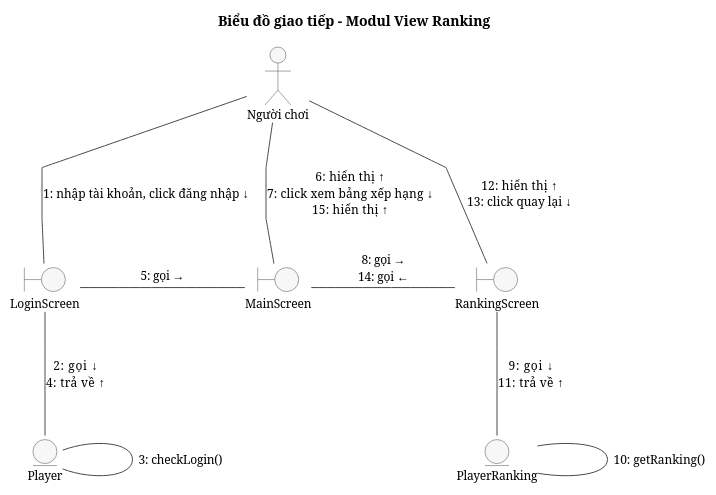
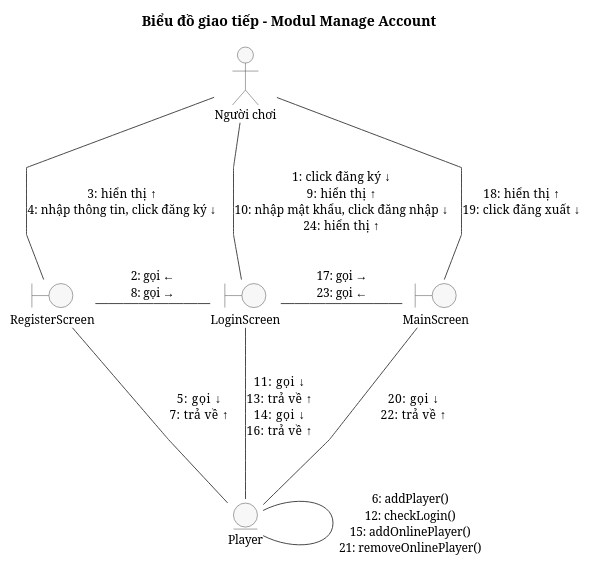
Before and after one commit to VattenL/mobile-pikachu: the diagram in docs/uml/pha2/comm-m1.puml, drawn with PlantUML. The commit also changed 75 other files, not shown here.

```diff
--- a/docs/uml/pha2/comm-m1.puml
+++ b/docs/uml/pha2/comm-m1.puml
@@ -1,41 +1,40 @@
 @startuml comm-m1
-title Biểu đồ giao tiếp - Modul View Ranking
+title Biểu đồ giao tiếp - Modul Manage Account
 
 skinparam shadowing false
 skinparam linetype polyline
 skinparam nodesep 70
 skinparam ranksep 90
 skinparam defaultFontSize 12
 skinparam ArrowColor #4A4A4A
 skinparam actor {
   BackgroundColor #F7F7F7
   BorderColor #4A4A4A
 }
 skinparam boundary {
   BackgroundColor #F7F7F7
   BorderColor #4A4A4A
 }
 skinparam entity {
   BackgroundColor #F7F7F7
   BorderColor #4A4A4A
 }
 
 actor "Người chơi" as Actor
 
+boundary RegisterScreen
 boundary LoginScreen
 boundary MainScreen
-boundary RankingScreen
 
 entity Player
-entity PlayerRanking
 
-Actor -down- LoginScreen : "1: nhập tài khoản, click đăng nhập ↓"
-Actor -down- MainScreen : "6: hiển thị ↑\n7: click xem bảng xếp hạng ↓\n15: hiển thị ↑"
-Actor -down- RankingScreen : "12: hiển thị ↑\n13: click quay lại ↓"
-LoginScreen -right- MainScreen : "5: gọi →"
-MainScreen -right- RankingScreen : "8: gọi →\n14: gọi ←"
-LoginScreen -down- Player : "2: gọi ↓\n4: trả về ↑"
-Player -right- Player : "3: checkLogin()"
-RankingScreen -down- PlayerRanking : "9: gọi ↓\n11: trả về ↑"
-PlayerRanking -right- PlayerRanking : "10: getRanking()"
+Actor -down- LoginScreen : "1: click đăng ký ↓\n9: hiển thị ↑\n10: nhập mật khẩu, click đăng nhập ↓\n24: hiển thị ↑"
+Actor -down- RegisterScreen : "3: hiển thị ↑\n4: nhập thông tin, click đăng ký ↓"
+Actor -down- MainScreen : "18: hiển thị ↑\n19: click đăng xuất ↓"
+RegisterScreen -right- LoginScreen : "2: gọi ←\n8: gọi →"
+LoginScreen -right- MainScreen : "17: gọi →\n23: gọi ←"
+RegisterScreen -down- Player : "5: gọi ↓\n7: trả về ↑"
+LoginScreen -down- Player : "11: gọi ↓\n13: trả về ↑\n14: gọi ↓\n16: trả về ↑"
+MainScreen -down- Player : "20: gọi ↓\n22: trả về ↑"
+Player -right- Player : "6: addPlayer()\n12: checkLogin()\n15: addOnlinePlayer()\n21: removeOnlinePlayer()"
 @enduml
```
